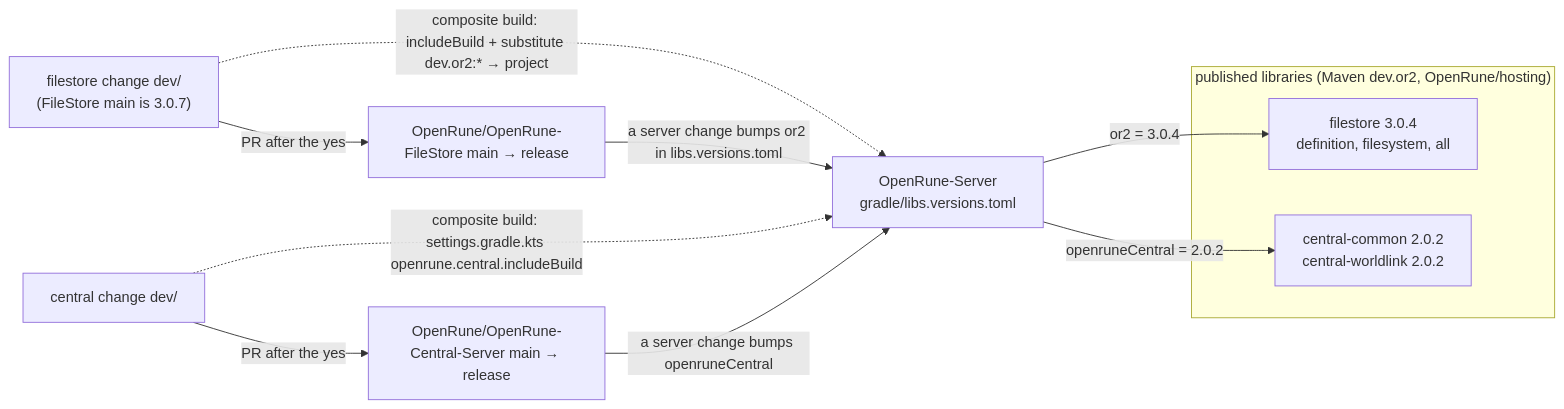
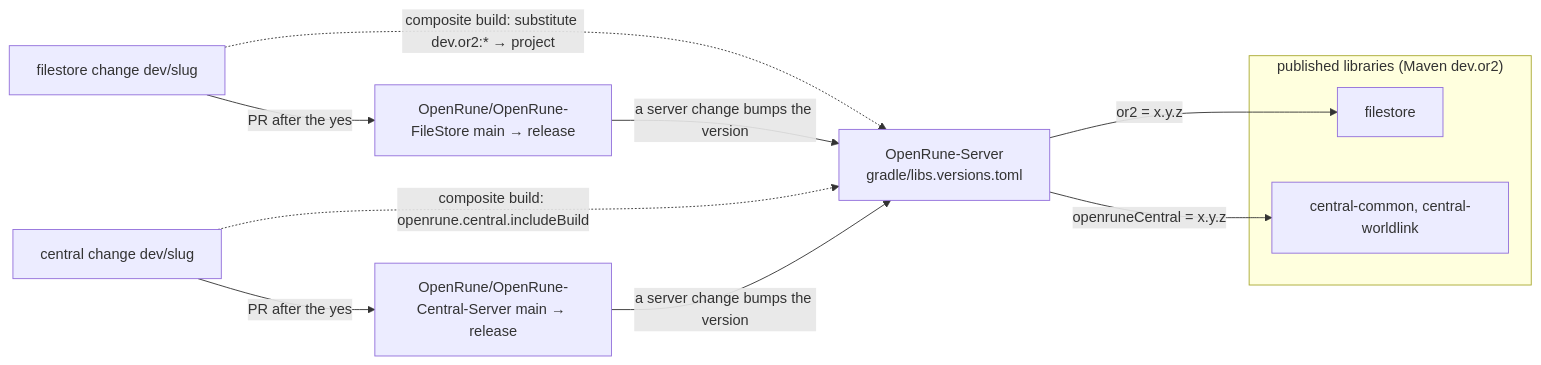
One commit to AlexPerrin/RuneHarness changed the sixth of 7 diagrams in docs/ARCHITECTURE.md. Above: the diagram before and after it, drawn with Mermaid. The commit also changed other lines of this file and 16 other files, not shown here.

First line of the commit message:
v9: reduce and reconcile — ARCHITECTURE rewritten without history (830 → 645 lines), one vocabulary and one command list across docs, code skeletons, roles, README and CLAUDE.md

````diff
--- a/docs/ARCHITECTURE.md
+++ b/docs/ARCHITECTURE.md
@@ -665,15 +501,15 @@
 ```mermaid
 flowchart LR
-  subgraph libs["published libraries (Maven dev.or2, OpenRune/hosting)"]
-    FS["filestore 3.0.4<br/>definition, filesystem, all"]
-    CE["central-common 2.0.2<br/>central-worldlink 2.0.2"]
+  subgraph libs["published libraries (Maven dev.or2)"]
+    FS["filestore"]
+    CE["central-common, central-worldlink"]
   end
-  FORK["OpenRune-Server<br/>gradle/libs.versions.toml"] -->|"or2 = 3.0.4"| FS
-  FORK -->|"openruneCentral = 2.0.2"| CE
-  FSD["filestore change dev/<slug><br/>(FileStore main is 3.0.7)"] -. "composite build: includeBuild + substitute dev.or2:* → project" .-> FORK
-  CED["central change dev/<slug>"] -. "composite build: settings.gradle.kts openrune.central.includeBuild" .-> FORK
+  FORK["OpenRune-Server<br/>gradle/libs.versions.toml"] -->|"or2 = x.y.z"| FS
+  FORK -->|"openruneCentral = x.y.z"| CE
+  FSD["filestore change dev/slug"] -. "composite build: substitute dev.or2:* → project" .-> FORK
+  CED["central change dev/slug"] -. "composite build: openrune.central.includeBuild" .-> FORK
   FSD -->|"PR after the yes"| FSU["OpenRune/OpenRune-FileStore main → release"]
   CED -->|"PR after the yes"| CEU["OpenRune/OpenRune-Central-Server main → release"]
-  FSU -->|"a server change bumps or2 in libs.versions.toml"| FORK
-  CEU -->|"a server change bumps openruneCentral"| FORK
+  FSU -->|"a server change bumps the version"| FORK
+  CEU -->|"a server change bumps the version"| FORK
 ```
````
